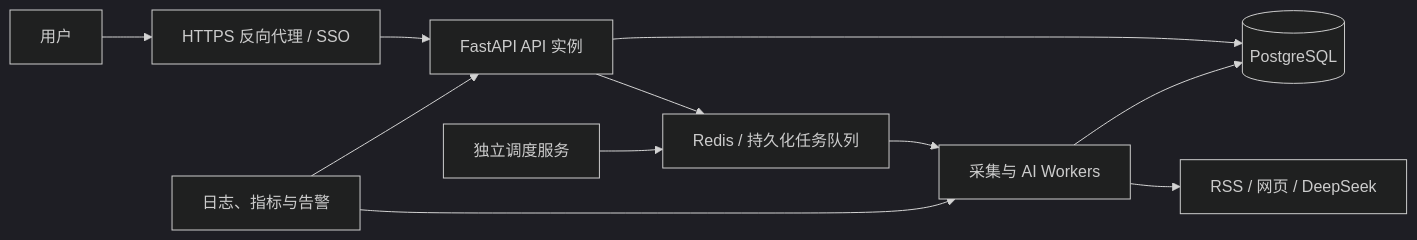
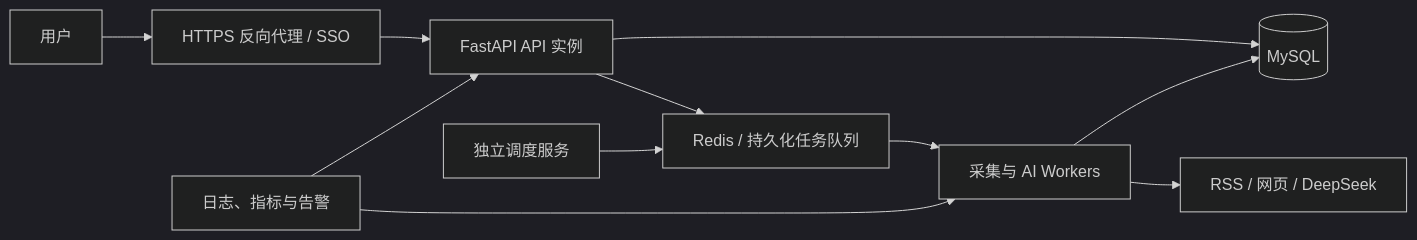
One commit to shiye1213/intco-rss-collector changed the sixth of 6 diagrams in docs/technical-design.md. Above: the diagram before and after it, drawn with Mermaid (dark theme). The commit also changed other lines of this file and 20 other files, not shown here.

````diff
--- a/docs/technical-design.md
+++ b/docs/technical-design.md
@@ -457,13 +458,13 @@
 ```mermaid
 flowchart LR
     User["用户"] --> Proxy["HTTPS 反向代理 / SSO"]
     Proxy --> API["FastAPI API 实例"]
-    API --> PG[("PostgreSQL")]
+    API --> MYSQL[("MySQL")]
     API --> Queue["Redis / 持久化任务队列"]
     Scheduler["独立调度服务"] --> Queue
     Queue --> Workers["采集与 AI Workers"]
-    Workers --> PG
+    Workers --> MYSQL
     Workers --> External["RSS / 网页 / DeepSeek"]
     Monitor["日志、指标与告警"] --> API
     Monitor --> Workers
 ```
````
